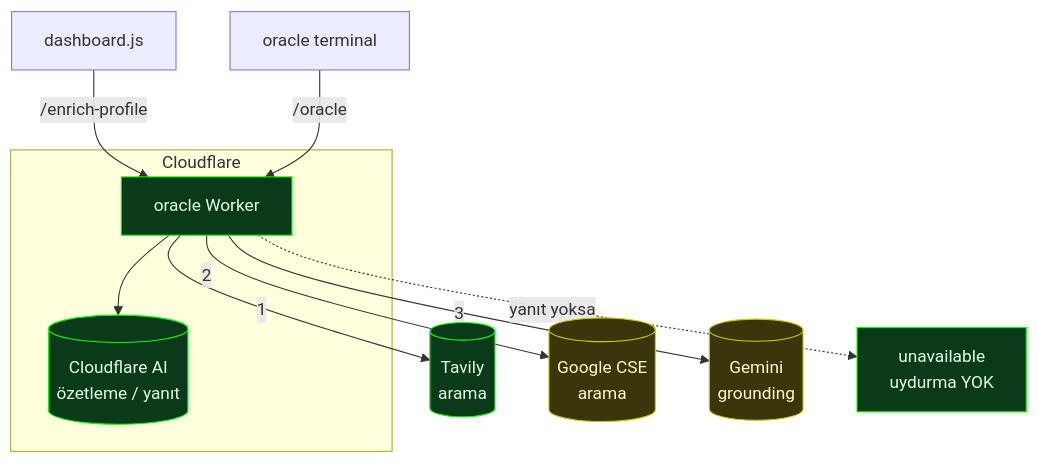
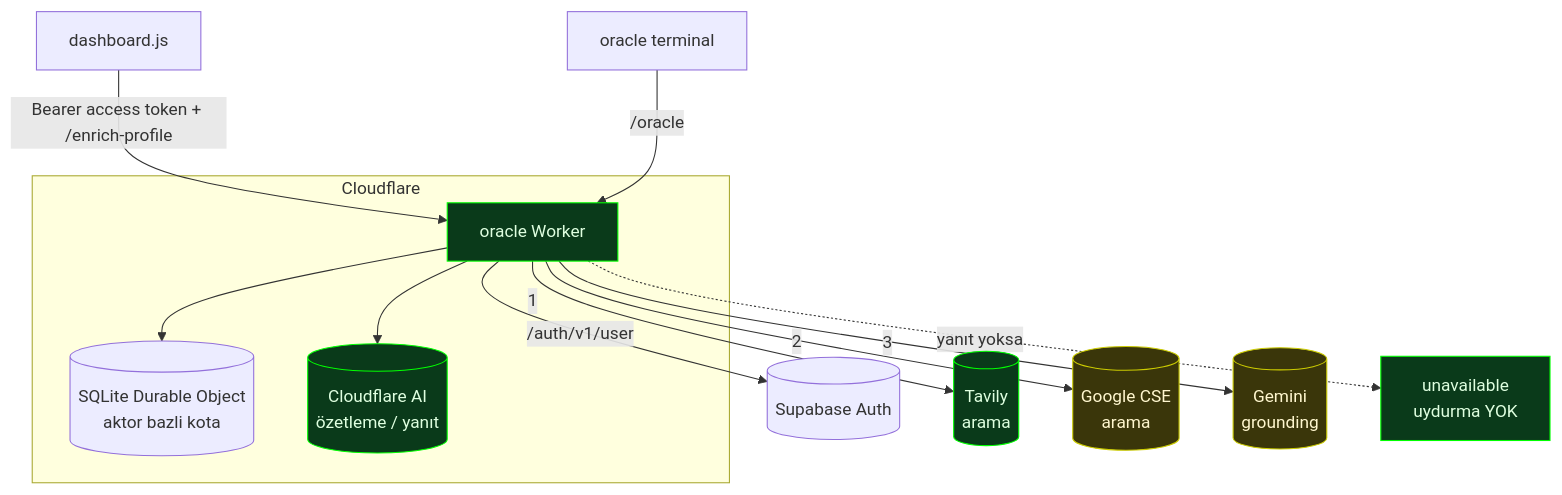
Before and after one commit to ErsinBinal/ErsinBinal.github.io: the third of 6 diagrams in docs/architecture/README.md, drawn with Mermaid. The commit also changed other lines of this file and 6 other files, not shown here.

````diff
--- a/docs/architecture/README.md
+++ b/docs/architecture/README.md
@@ -139,21 +146,24 @@
 ```mermaid
 flowchart TD
-  dash[dashboard.js] -->|/enrich-profile| worker
+  dash[dashboard.js] -->|Bearer access token + /enrich-profile| worker
   oracle[oracle terminal] -->|/oracle| worker
 
   subgraph CF[Cloudflare]
     worker[oracle Worker]
+    limiter[(SQLite Durable Object\naktor bazli kota)]
     cfai[(Cloudflare AI\nözetleme / yanıt)]
   end
+  worker --> limiter
+  worker -->|/auth/v1/user| auth[(Supabase Auth)]
   worker --> cfai
 
   worker -->|1| tavily[(Tavily\narama)]
   worker -->|2| cse[(Google CSE\narama)]
   worker -->|3| gemini[(Gemini\ngrounding)]
   worker -.yanıt yoksa.-> unavail[unavailable\nuydurma YOK]
 
   classDef done fill:#0a3a1a,stroke:#0f0,color:#dfffe0
   classDef partial fill:#3a360a,stroke:#cc0,color:#fff7cf
   class worker,cfai,tavily,unavail done
   class cse,gemini partial
 ```
````
